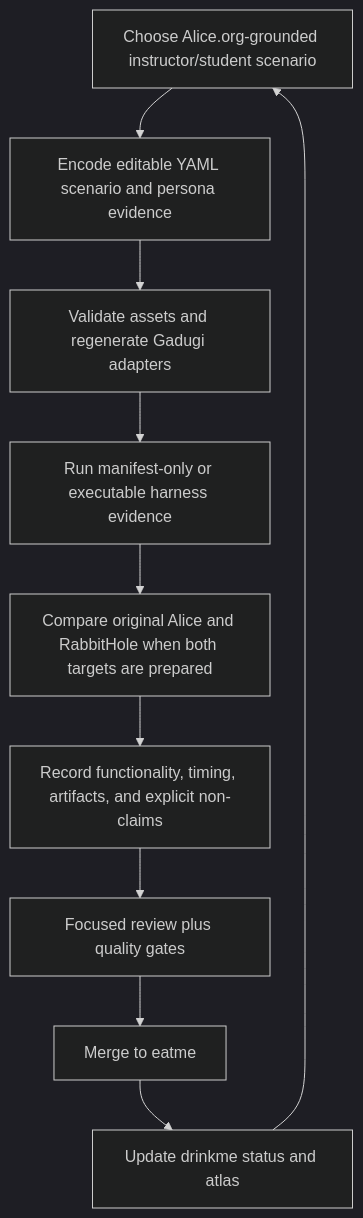
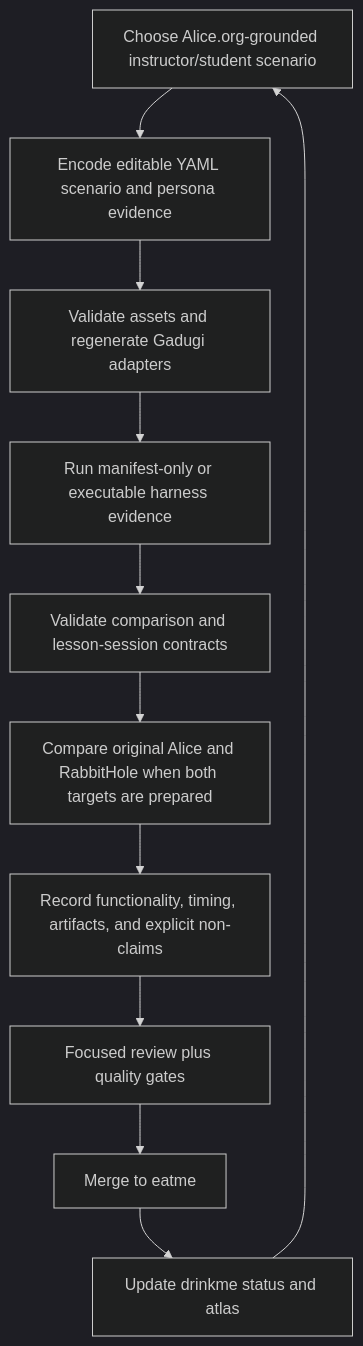
Before and after one commit to rysweet/drinkme: the sixth of 6 diagrams in README.md, drawn with Mermaid (dark theme). The commit also changed other lines of this file, not shown here.

First line of the commit message:
Update README for lesson session checker

````diff
--- a/README.md
+++ b/README.md
@@ -119,12 +119,13 @@
 ```mermaid
 flowchart TD
   A["Choose Alice.org-grounded instructor/student scenario"] --> Y["Encode editable YAML scenario and persona evidence"]
   Y --> G["Validate assets and regenerate Gadugi adapters"]
   G --> H["Run manifest-only or executable harness evidence"]
-  H --> C["Compare original Alice and RabbitHole when both targets are prepared"]
+  H --> L["Validate comparison and lesson-session contracts"]
+  L --> C["Compare original Alice and RabbitHole when both targets are prepared"]
   C --> B["Record functionality, timing, artifacts, and explicit non-claims"]
   B --> R["Focused review plus quality gates"]
   R --> M["Merge to eatme"]
   M --> S["Update drinkme status and atlas"]
   S --> A
 ```
````
